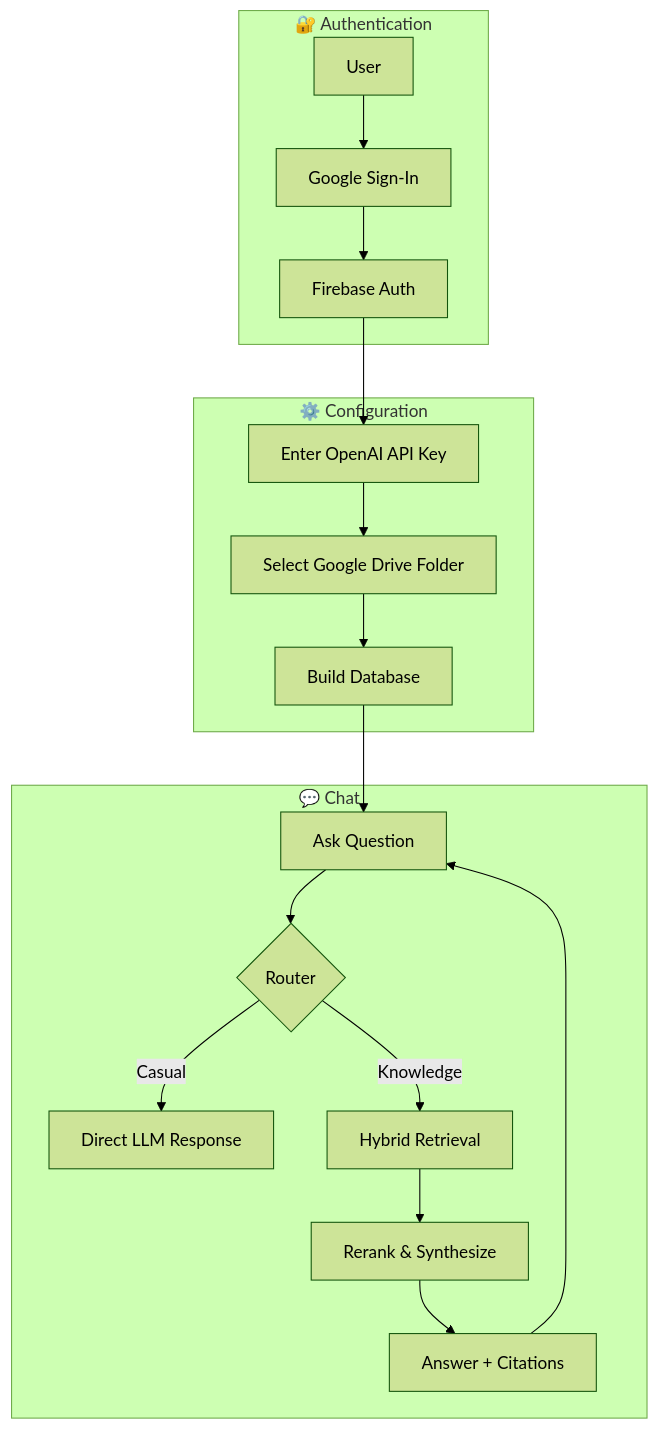
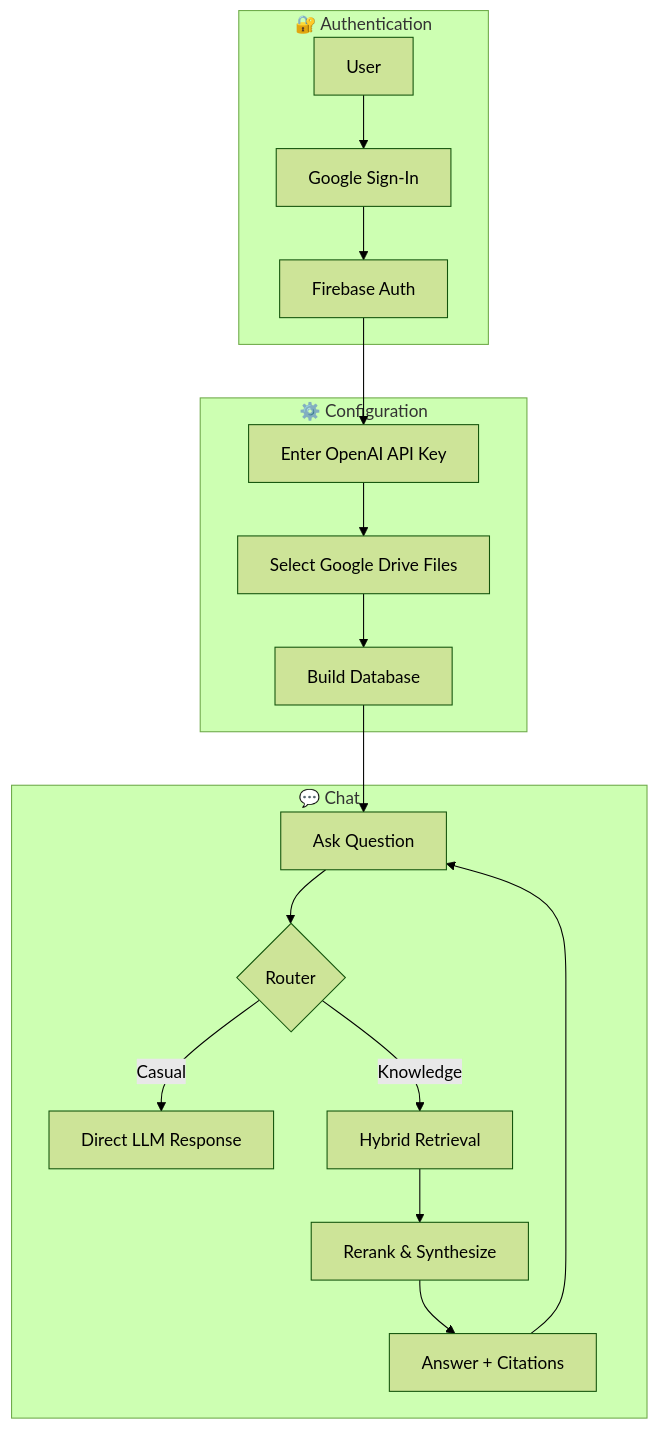
Before and after one commit to arjuntheprogrammer/internal-knowledge-assistant-rag: the diagram in README.md, drawn with Mermaid (forest theme). The commit also changed other lines of this file and 11 other files, not shown here.

````diff
--- a/README.md
+++ b/README.md
@@ -22,24 +22,24 @@
 ```mermaid
 flowchart TD
     subgraph Auth["🔐 Authentication"]
         A[User] --> B[Google Sign-In]
         B --> C[Firebase Auth]
     end
 
     subgraph Setup["⚙️ Configuration"]
         C --> D[Enter OpenAI API Key]
-        D --> E[Select Google Drive Folder]
+        D --> E[Select Google Drive Files]
         E --> F[Build Database]
     end
 
     subgraph Chat["💬 Chat"]
         F --> G[Ask Question]
         G --> H{Router}
         H -->|Casual| I[Direct LLM Response]
         H -->|Knowledge| J[Hybrid Retrieval]
         J --> K[Rerank & Synthesize]
         K --> L[Answer + Citations]
     end
 
     L --> G
 ```
````
